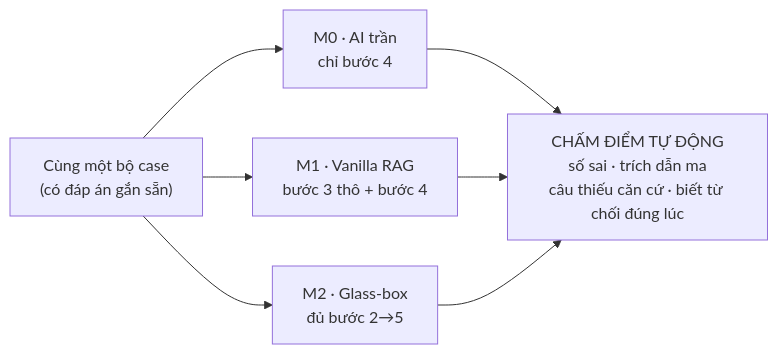
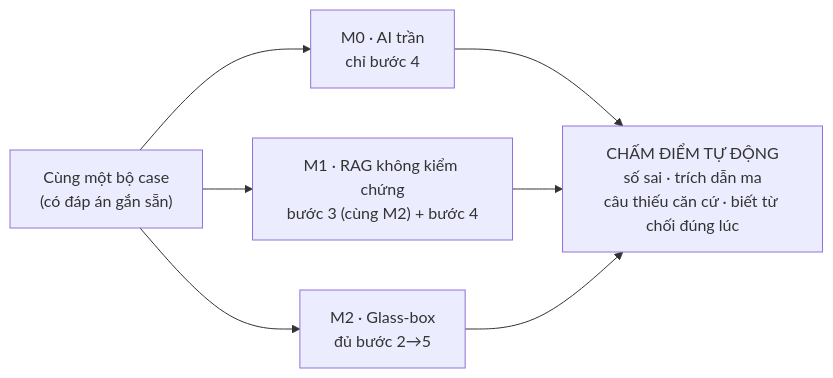
The second of 2 diagrams in docs/architecture.md (NDPhuu/Comments_Variance), drawn with Mermaid before and after one commit. The commit also changed other lines of this file and 6 other files, not shown here.

First line of the commit message:
docs: rename M1 'vanilla RAG' -> 'RAG khong kiem chung' to match code

````diff
--- a/docs/architecture.md
+++ b/docs/architecture.md
@@ -63,9 +63,9 @@
 ```mermaid
 flowchart LR
     CASE["Cùng một bộ case<br>(có đáp án gắn sẵn)"] --> M0["M0 · AI trần<br>chỉ bước 4"]
-    CASE --> M1["M1 · Vanilla RAG<br>bước 3 thô + bước 4"]
+    CASE --> M1["M1 · RAG không kiểm chứng<br>bước 3 (cùng M2) + bước 4"]
     CASE --> M2["M2 · Glass-box<br>đủ bước 2→5"]
     M0 --> SCORE["CHẤM ĐIỂM TỰ ĐỘNG<br>số sai · trích dẫn ma<br>câu thiếu căn cứ · biết từ chối đúng lúc"]
     M1 --> SCORE
     M2 --> SCORE
 ```
````
